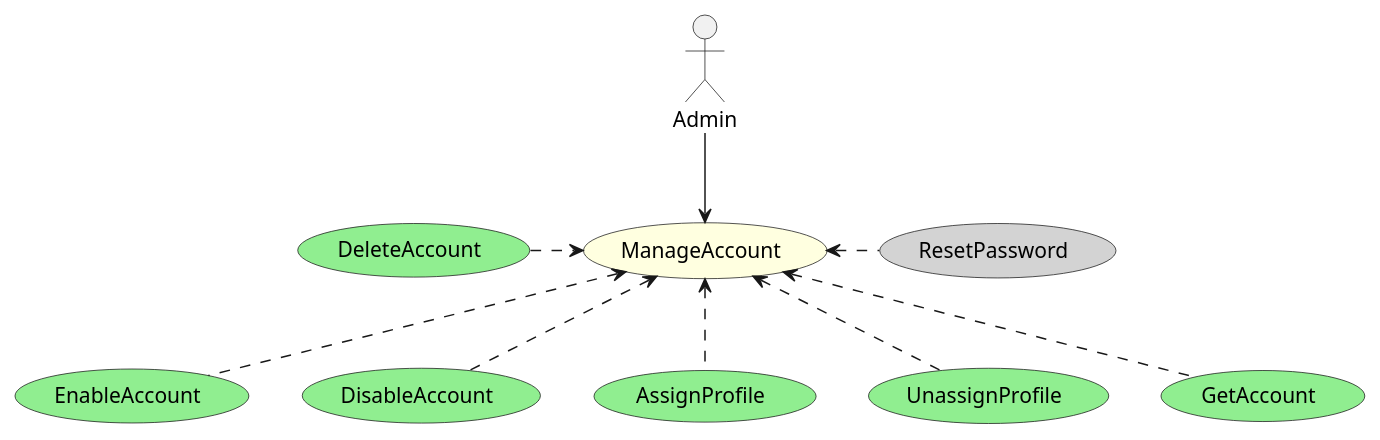
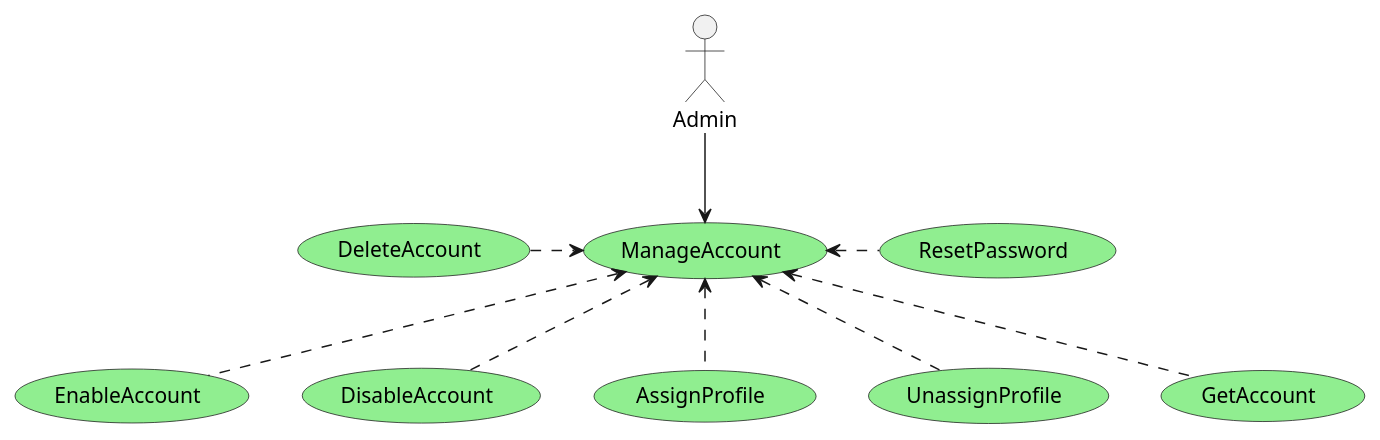
One commit to zehgreven/nutri-be-ddd-ca changed the diagram in documentation/usecase/UseCase.iam.ManageAccount.puml. Above: the diagram before and after it, drawn with PlantUML. The commit also changed 11 other files, not shown here.

Commit message:
Created ResetPassword

```diff
--- a/documentation/usecase/UseCase.iam.ManageAccount.puml
+++ b/documentation/usecase/UseCase.iam.ManageAccount.puml
@@ -1,23 +1,23 @@
 @startuml Use Case
 
 actor Admin
 
-usecase ManageAccount #LightYellow
+usecase ManageAccount #LightGreen
 usecase EnableAccount #LightGreen
 usecase DisableAccount #LightGreen
 usecase DeleteAccount #LightGreen
 usecase AssignProfile #LightGreen
 usecase UnassignProfile #LightGreen
 usecase GetAccount #LightGreen
-usecase ResetPassword #LightGray
+usecase ResetPassword #LightGreen
 
 Admin --> (ManageAccount) 
 (ManageAccount) <.d. (AssignProfile) 
 (ManageAccount) <.d. (UnassignProfile) 
 (ManageAccount) <.d. (GetAccount) 
 (ManageAccount) <.d. (EnableAccount) 
 (ManageAccount) <.d. (DisableAccount) 
 (ManageAccount) <.l. (DeleteAccount) 
 (ManageAccount) <.r. (ResetPassword) 
 
 @enduml
```
